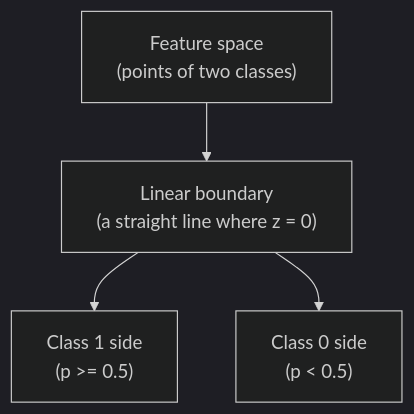
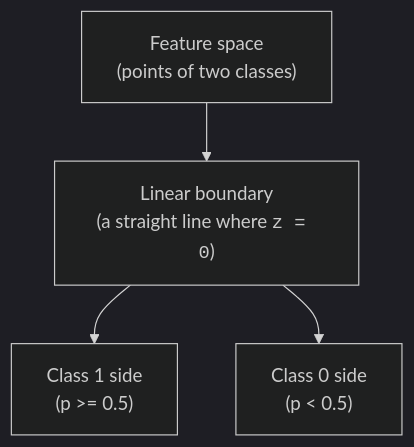
The diagram in content/learn/machine-learning-scikit-learn/logistic-regression.mdx (dataslope/dataslope), drawn with Mermaid (dark theme) before and after one commit. The commit also changed 218 other files, not shown here.

First line of the commit message:
Render code-only mermaid shapes in monospace; convert step sequences to Steps (#467)

````diff
--- a/content/learn/machine-learning-scikit-learn/logistic-regression.mdx
+++ b/content/learn/machine-learning-scikit-learn/logistic-regression.mdx
@@ -124,6 +124,6 @@
 ```mermaid
 flowchart TD
-    A["Feature space<br/>(points of two classes)"] --> B["Linear boundary<br/>(a straight line where z = 0)"]
+    A["Feature space<br/>(points of two classes)"] --> B["Linear boundary<br/>(a straight line where <code>z = 0</code>)"]
     B --> C["Class 1 side<br/>(p >= 0.5)"]
     B --> D["Class 0 side<br/>(p < 0.5)"]
 ```
````
